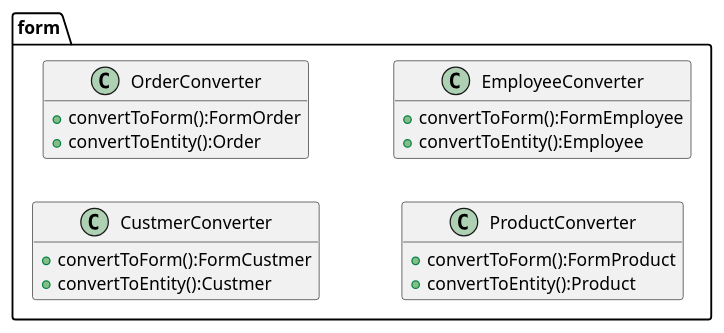
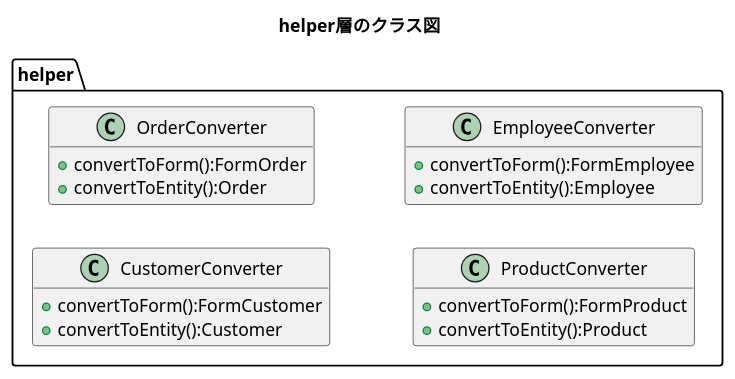
The diagram in plan/uml/class/helper.plantuml (kanavii3333/ec-b), drawn with PlantUML before and after one commit. The commit also changed 5 other files, not shown here.

Commit message:
全体クラス図　その他修正

```diff
--- a/plan/uml/class/helper.plantuml
+++ b/plan/uml/class/helper.plantuml
@@ -1,27 +1,27 @@
 @startuml
-
+title helper層のクラス図
 hide empty members
 left to right direction
 
-package form{
-    class CustmerConverter{
-        +convertToForm():FormCustmer
-        +convertToEntity():Custmer
+package helper{
+    class CustomerConverter{
+        +convertToForm():FormCustomer
+        +convertToEntity():Customer
     }
 
     class OrderConverter{
         +convertToForm():FormOrder
         +convertToEntity():Order
     }
 
     class ProductConverter{
         +convertToForm():FormProduct
         +convertToEntity():Product
     }
 
     class EmployeeConverter{
         +convertToForm():FormEmployee
         +convertToEntity():Employee
     }
 }
 @enduml
```
